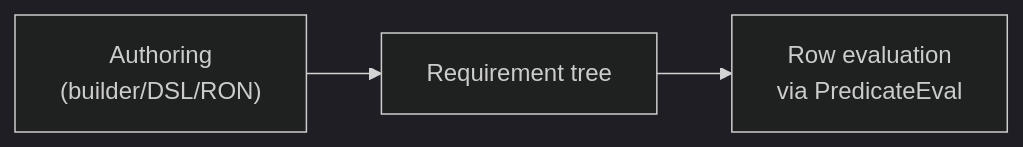
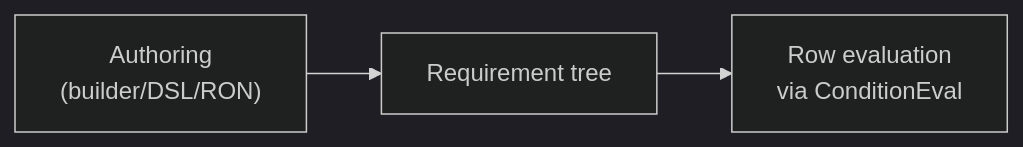
One commit to DaRealYungBidness/decision-gate changed the diagram in ret-logic/README.md. Above: the diagram before and after it, drawn with Mermaid (dark theme). The commit also changed other lines of this file and 221 other files, not shown here.

````diff
--- a/ret-logic/README.md
+++ b/ret-logic/README.md
@@ -71,5 +71,5 @@
 ```mermaid
 flowchart LR
   Author["Authoring<br/>(builder/DSL/RON)"] --> Req[Requirement tree]
-  Req --> Eval["Row evaluation<br/>via PredicateEval"]
+  Req --> Eval["Row evaluation<br/>via ConditionEval"]
 ```
````
